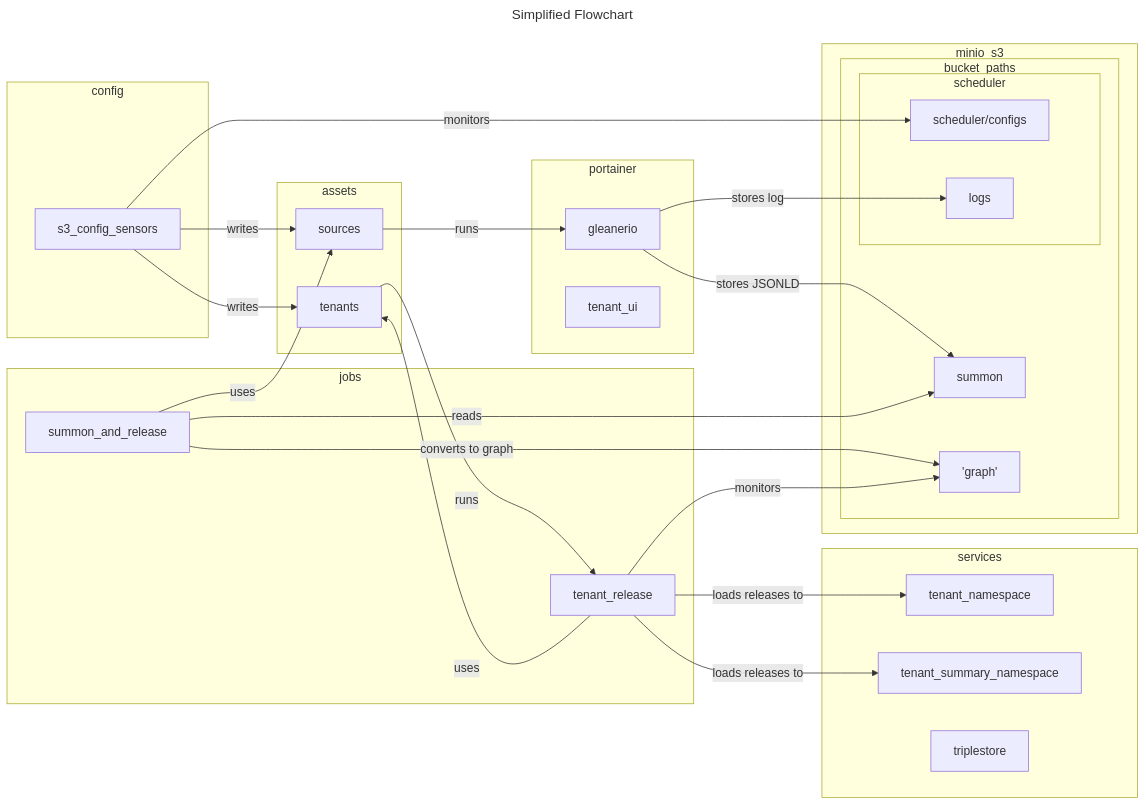
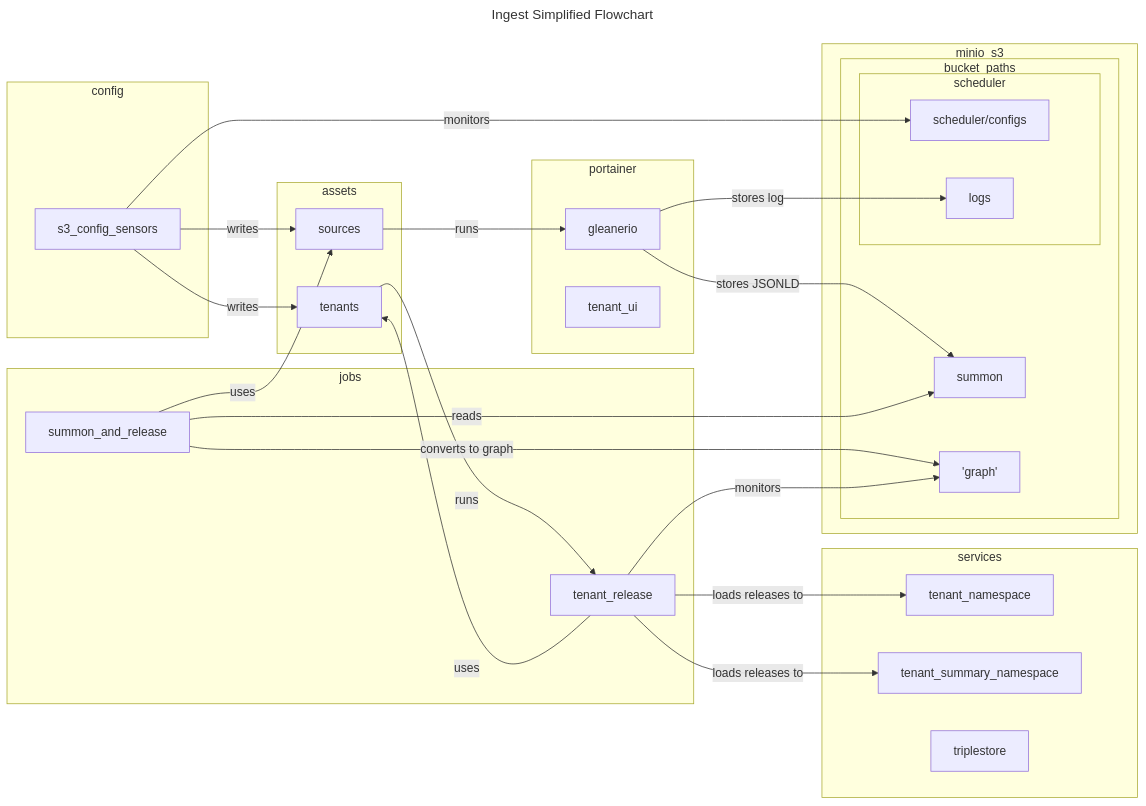
The second of 3 diagrams in docs/README.md (earthcube/scheduler), drawn with Mermaid before and after one commit. The commit also changed other lines of this file and 1 other file, not shown here.

````diff
--- a/docs/README.md
+++ b/docs/README.md
@@ -60,59 +68,59 @@
 ```mermaid
 ---
-title: Simplified Flowchart 
+title: Ingest Simplified Flowchart 
 ---
 flowchart LR
     subgraph config
           s3_config_sensors
     end    
     subgraph jobs
         summon_and_release
         tenant_release
     end
     subgraph assets
         sources
         tenants
     end
 
         
     
     s3_config_sensors--monitors --> configs
     s3_config_sensors--writes  -->sources 
     s3_config_sensors--writes  -->tenants
     summon_and_release--uses-->sources --runs --> gleanerio
     tenant_release--uses-->tenants --runs --> tenant_release
     gleanerio--stores JSONLD -->summon
     gleanerio--stores log -->logs
     summon_and_release-- reads --> summon
     summon_and_release-- converts to graph  -->graph_path
     tenant_release -- monitors --> graph_path
     tenant_release -- loads releases to --> tenant_namespace
     tenant_release -- loads releases to --> tenant_summary_namespace
     
     
     subgraph portainer
       gleanerio 
       tenant_ui
       end
       subgraph services
            triplestore
                tenant_namespace
                tenant_summary_namespace
             end
     
           subgraph minio_s3 
             subgraph bucket_paths
                 subgraph scheduler
                      configs["`scheduler/configs`"]
                      logs
                 end
                 summon
                 graph_path['graph']
             end
             end
 
          
     
     
    
 ```
````
